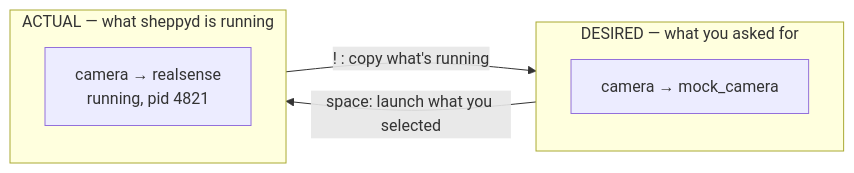
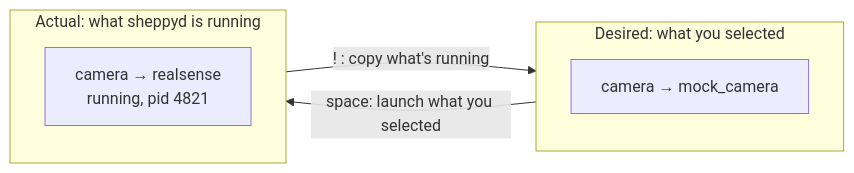
The second of 3 diagrams in docs/concepts.mdx (rammp-org/sheppy), drawn with Mermaid before and after one commit. The commit also changed other lines of this file and 12 other files, not shown here.

````diff
--- a/docs/concepts.mdx
+++ b/docs/concepts.mdx
@@ -58,11 +56,11 @@
 ```mermaid
 flowchart LR
-  subgraph D["DESIRED — what you asked for"]
+  subgraph D["Desired: what you selected"]
     A["camera → mock_camera"]
   end
-  subgraph A2["ACTUAL — what sheppyd is running"]
+  subgraph A2["Actual: what sheppyd is running"]
     B["camera → realsense<br/>running, pid 4821"]
   end
   D -->|"space: launch what you selected"| A2
   A2 -->|"! : copy what's running"| D
 ```
````
